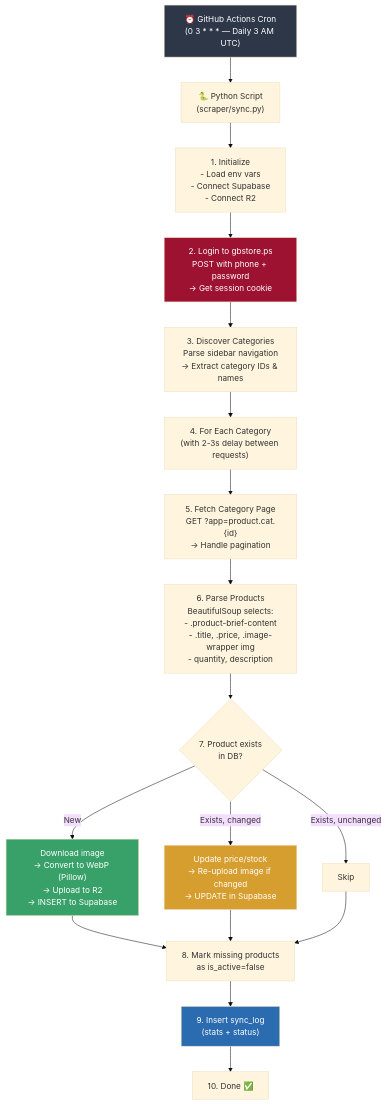
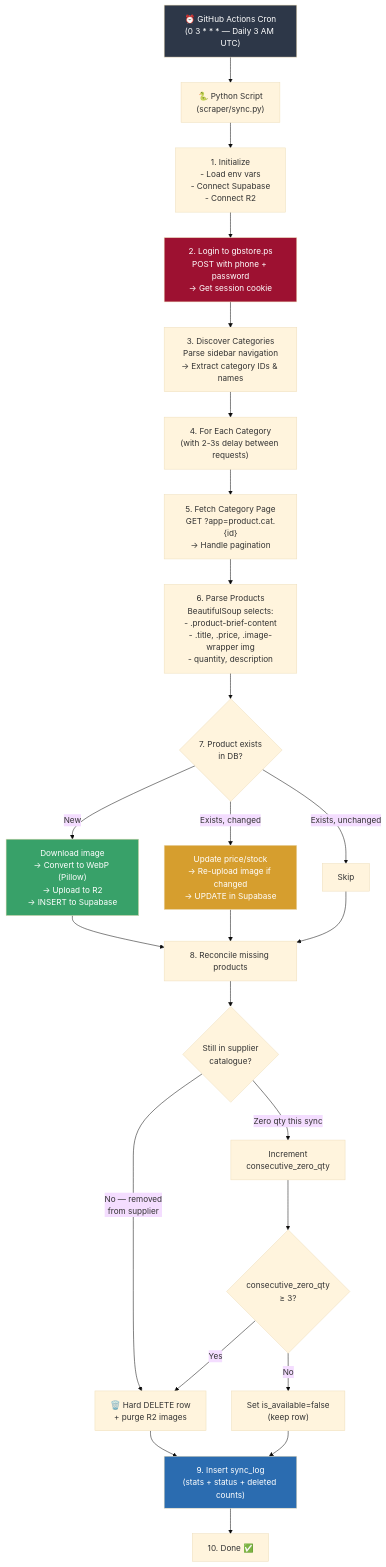
The third of 4 diagrams in implementation_plan.md (a7mad1112/storefront-core), drawn with Mermaid (base theme) before and after one commit. The commit also changed other lines of this file, not shown here.

Commit message:
docs: adding hard delete to the implementation plan

````diff
--- a/implementation_plan.md
+++ b/implementation_plan.md
@@ -463,38 +466,46 @@
 ```mermaid
 flowchart TD
     A["⏰ GitHub Actions Cron\n(0 3 * * * — Daily 3 AM UTC)"] --> B["🐍 Python Script\n(scraper/sync.py)"]
 
     B --> C["1. Initialize\n- Load env vars\n- Connect Supabase\n- Connect R2"]
 
     C --> D["2. Login to gbstore.ps\nPOST with phone + password\n→ Get session cookie"]
 
     D --> E["3. Discover Categories\nParse sidebar navigation\n→ Extract category IDs & names"]
 
     E --> F["4. For Each Category\n(with 2-3s delay between requests)"]
 
     F --> G["5. Fetch Category Page\nGET ?app=product.cat.{id}\n→ Handle pagination"]
 
     G --> H["6. Parse Products\nBeautifulSoup selects:\n- .product-brief-content\n- .title, .price, .image-wrapper img\n- quantity, description"]
 
     H --> I{"7. Product exists\nin DB?"}
 
     I -->|"New"| J["Download image\n→ Convert to WebP (Pillow)\n→ Upload to R2\n→ INSERT to Supabase"]
 
     I -->|"Exists, changed"| K["Update price/stock\n→ Re-upload image if changed\n→ UPDATE in Supabase"]
 
     I -->|"Exists, unchanged"| L["Skip"]
 
     J --> M
     K --> M
     L --> M
 
-    M["8. Mark missing products\nas is_active=false"]
-    M --> N["9. Insert sync_log\n(stats + status)"]
+    M["8. Reconcile missing products"]
+    M --> M1{"Still in supplier\ncatalogue?"}
+    M1 -->|"No — removed\nfrom supplier"| M2["🗑️ Hard DELETE row\n+ purge R2 images"]
+    M1 -->|"Zero qty this sync"| M3["Increment\nconsecutive_zero_qty"]
+    M3 --> M4{"consecutive_zero_qty\n≥ 3?"}
+    M4 -->|"Yes"| M2
+    M4 -->|"No"| M5["Set is_available=false\n(keep row)"]
+    M2 --> N
+    M5 --> N
+    N["9. Insert sync_log\n(stats + status + deleted counts)"]
     N --> O["10. Done ✅"]
 
     style A fill:#2d3748,color:#fff
     style D fill:#9d1131,color:#fff
     style J fill:#38a169,color:#fff
     style K fill:#d69e2e,color:#fff
     style N fill:#2b6cb0,color:#fff
 ```
````
